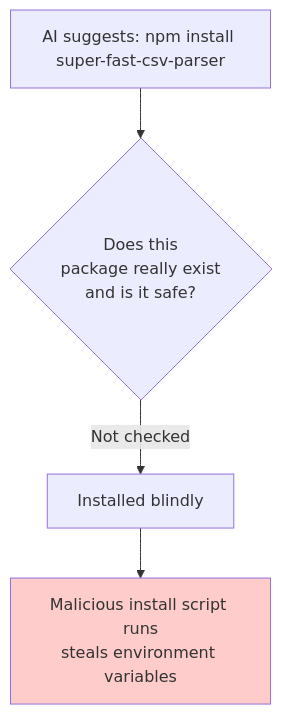
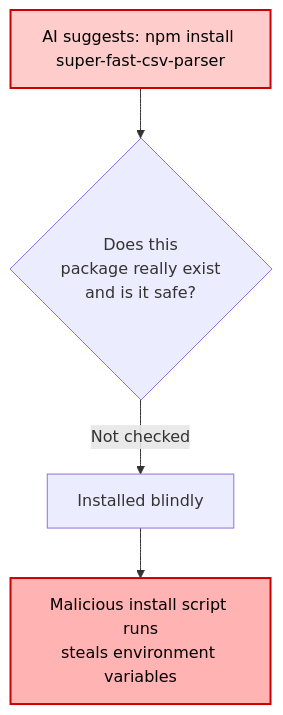
One commit to Yasser-Nautilus/ai-prompt-security-trainer changed the fourth of 5 diagrams in README.md. Above: the diagram before and after it, drawn with Mermaid. The commit also changed other lines of this file, not shown here.

Commit message:
Apply consistent color scheme to all flowcharts

````diff
--- a/README.md
+++ b/README.md
@@ -309,7 +311,8 @@
 ```mermaid
 flowchart TD
     A["AI suggests: npm install super-fast-csv-parser"] --> B{Does this<br/>package really exist<br/>and is it safe?}
     B -->|Not checked| C[Installed blindly]
     C --> D[Malicious install script runs<br/>steals environment variables]
-    style D fill:#ffcccc
+    style A fill:#ffcccc,color:#000000,stroke:#cc0000,stroke-width:2px
+    style D fill:#ffb3b3,color:#000000,stroke:#cc0000,stroke-width:2px
 ```
````
